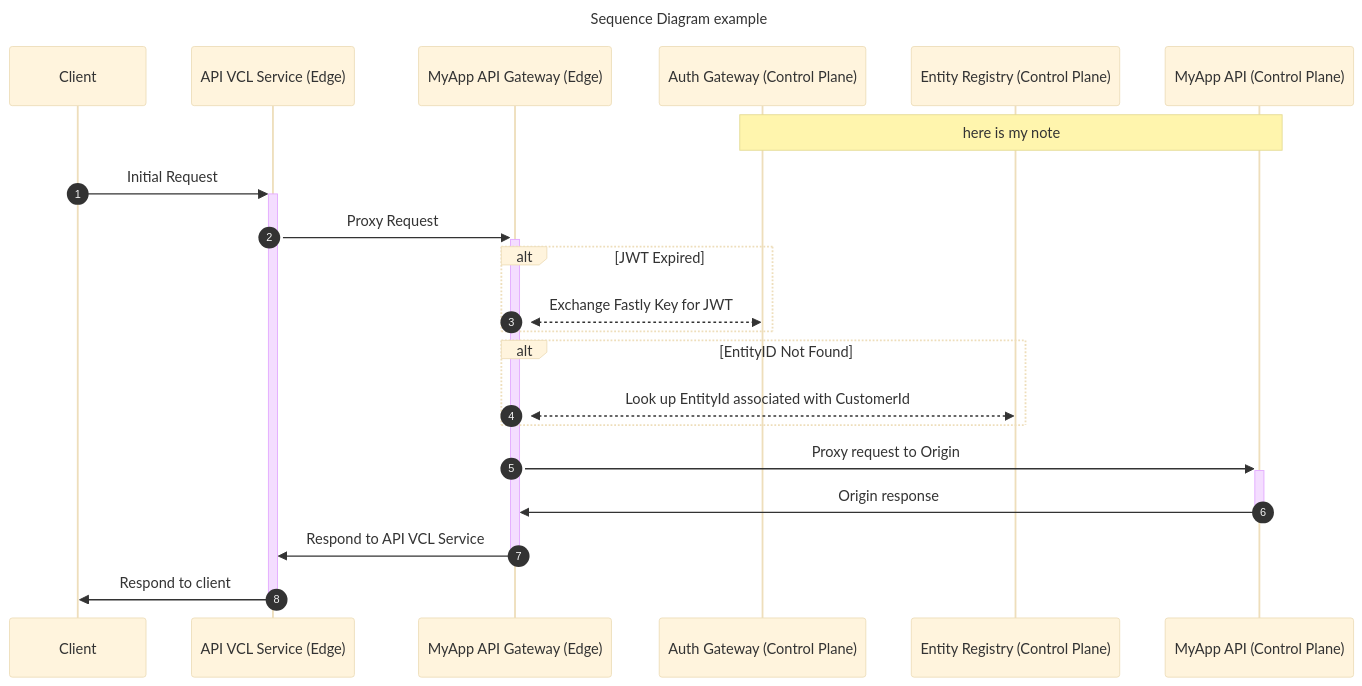
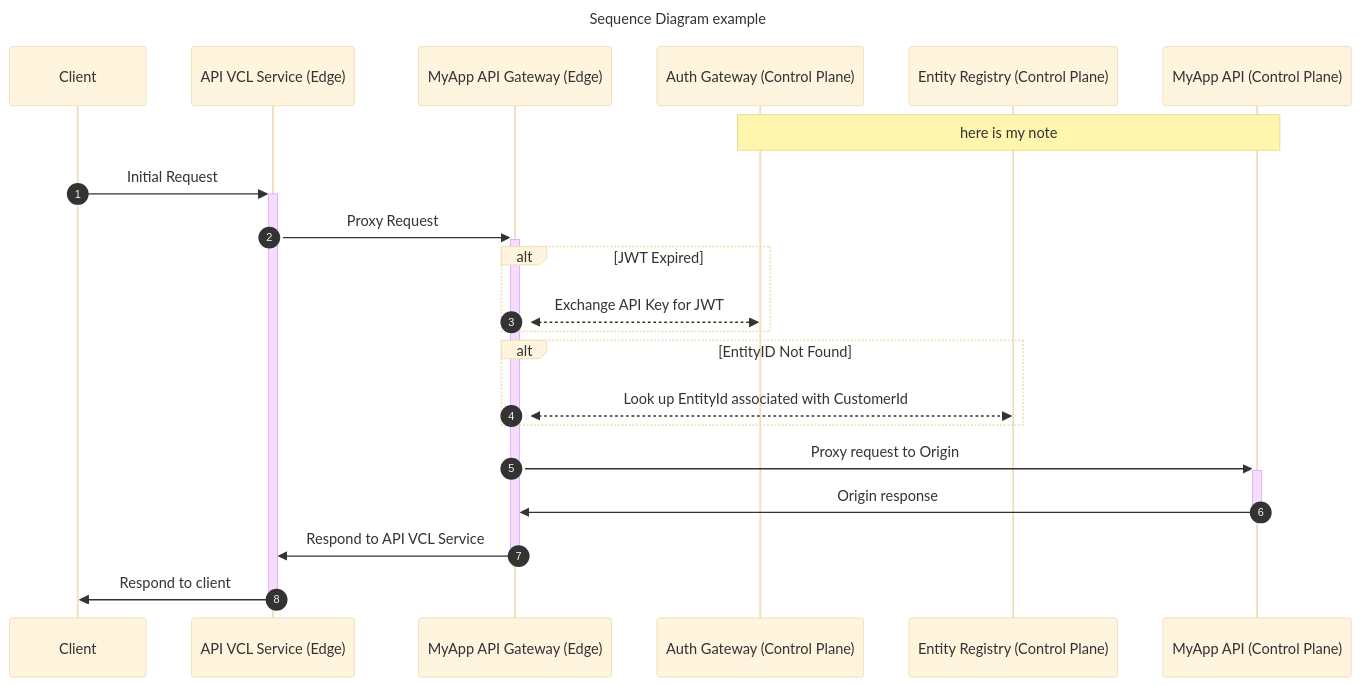
The first of 13 diagrams in markdown_files/gists/228d1c8b0d309a41de67afe09111f4eb.md (Integralist/gist-archiver), drawn with Mermaid (base theme) before and after one commit. The commit also changed other lines of this file and 121 other files, not shown here.

````diff
--- a/markdown_files/gists/228d1c8b0d309a41de67afe09111f4eb.md
+++ b/markdown_files/gists/228d1c8b0d309a41de67afe09111f4eb.md
@@ -12,29 +12,29 @@
 ```mermaid
 ---
 title: Sequence Diagram example
 ---
 sequenceDiagram
     autonumber
     participant cl AS Client
     participant avs AS API VCL Service (Edge)
     participant dag AS MyApp API Gateway (Edge)
     participant ag AS Auth Gateway (Control Plane)
     participant er AS Entity Registry (Control Plane)
     participant da AS MyApp API (Control Plane)
     
     %% below we put a note across MULTIPLE actors
     note over ag,da: here is my note
 
     cl->>+avs: Initial Request
     avs->>+dag: Proxy Request
     alt JWT Expired
-        dag<<-->>ag: Exchange Fastly Key for JWT 
+        dag<<-->>ag: Exchange API Key for JWT 
     end
     alt EntityID Not Found
         dag<<-->>er: Look up EntityId associated with CustomerId
     end
     dag->>+da: Proxy request to Origin
     da->>-dag: Origin response
     dag->>-avs: Respond to API VCL Service
     avs->>-cl: Respond to client
 ```
````
